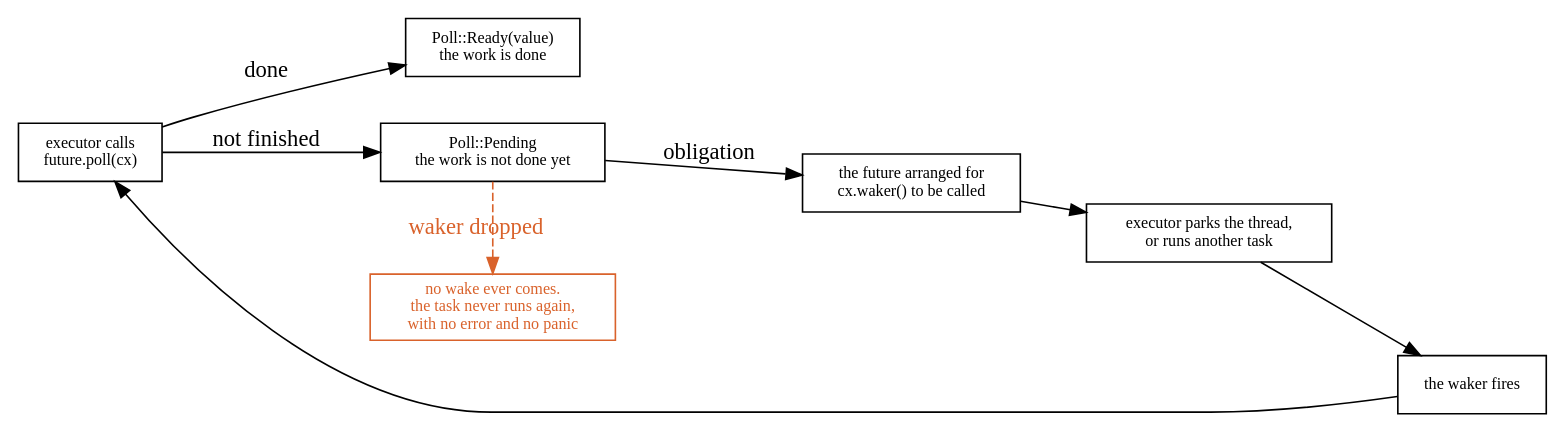
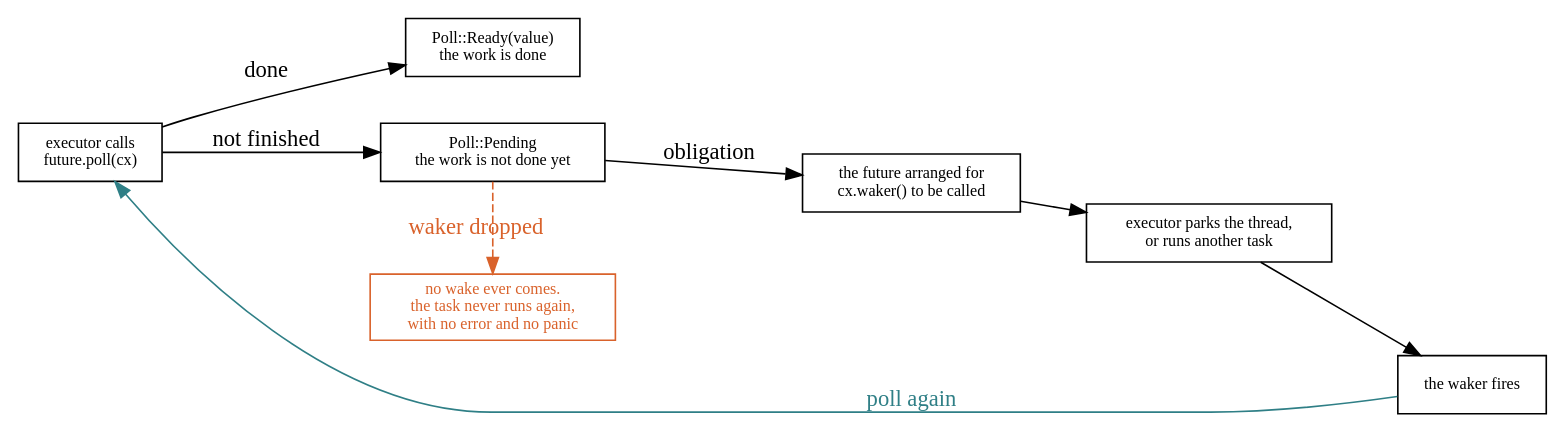
Before and after one commit to arpanpathak/cracking-the-systems-programming-interview: the diagram in cracking-the-systems-programming-interview/diagrams/ch22-contract.dot, drawn with Graphviz. The commit also changed 30 other files, not shown here.

```diff
--- a/cracking-the-systems-programming-interview/diagrams/ch22-contract.dot
+++ b/cracking-the-systems-programming-interview/diagrams/ch22-contract.dot
@@ -1,19 +1,20 @@
 digraph contract {
   rankdir=LR; nodesep=0.4; ranksep=0.55;
   node [fontsize=10 shape=box];
   poll [label="executor calls\nfuture.poll(cx)" fillcolor="#eef3f7"];
   ready [label="Poll::Ready(value)\nthe work is done" fillcolor="#e3f1ea"];
   pending [label="Poll::Pending\nthe work is not done yet" fillcolor="#fbe3d6"];
   armed [label="the future arranged for\ncx.waker() to be called" fillcolor="#fdf6e8"];
   park [label="executor parks the thread,\nor runs another task" fillcolor="#fdf6e8"];
   wake [label="the waker fires" fillcolor="#e3f1ea"];
   hang [label="no wake ever comes.\nthe task never runs again,\nwith no error and no panic" fillcolor="#fbe3d6" color="#d9622b" fontcolor="#d9622b"];
 
   poll -> ready [label=" done"];
   poll -> pending [label=" not finished"];
   pending -> armed [label=" obligation"];
   armed -> park;
-  park -> wake -> poll;
+  park -> wake;
+  poll -> wake [dir=back color="#2f7f86" label=" poll again" fontcolor="#2f7f86"];
   pending -> hang [label=" waker dropped", color="#d9622b", fontcolor="#d9622b", style=dashed];
   {rank=same; pending; hang;}
 }
```
